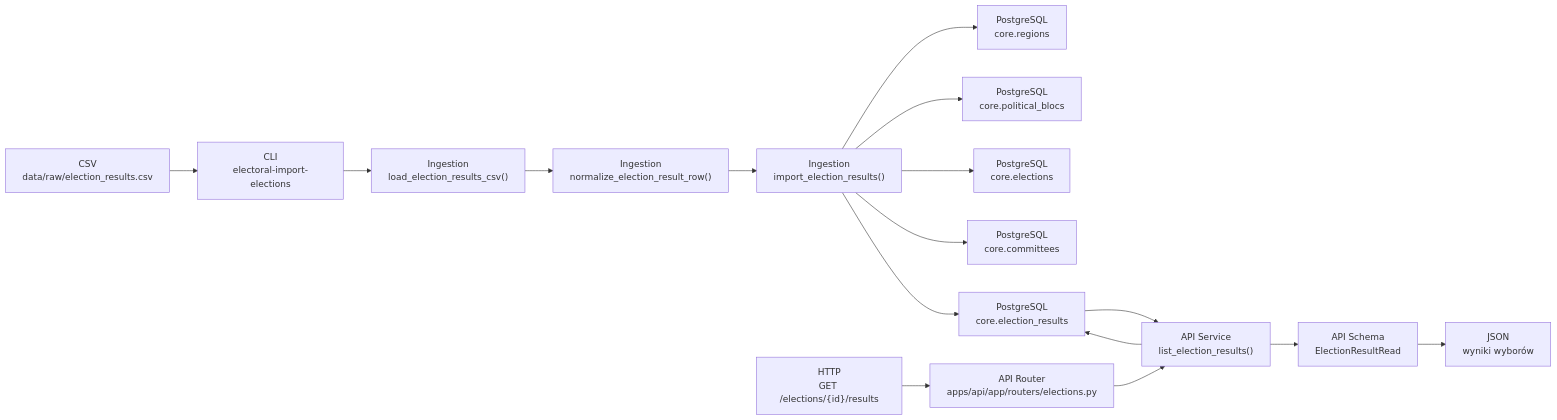
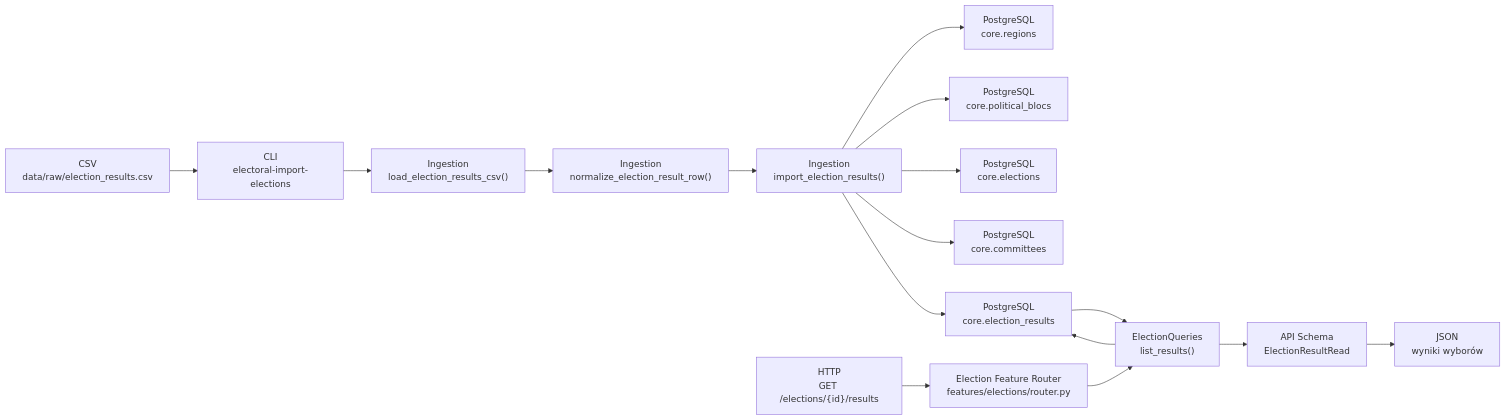
Before and after one commit to DawidKK/electoral-drift: the second of 7 diagrams in docs/flow.md, drawn with Mermaid. The commit also changed other lines of this file and 39 other files, not shown here.

Commit message:
Reorganize architecture

````diff
--- a/docs/flow.md
+++ b/docs/flow.md
@@ -75,35 +75,35 @@
 ```mermaid
 flowchart LR
     csv["CSV<br/>data/raw/election_results.csv"]
     cli["CLI<br/>electoral-import-elections"]
     loader["Ingestion<br/>load_election_results_csv()"]
     normalizer["Ingestion<br/>normalize_election_result_row()"]
     importer["Ingestion<br/>import_election_results()"]
     regions["PostgreSQL<br/>core.regions"]
     blocs["PostgreSQL<br/>core.political_blocs"]
     elections["PostgreSQL<br/>core.elections"]
     committees["PostgreSQL<br/>core.committees"]
     results["PostgreSQL<br/>core.election_results"]
     request["HTTP<br/>GET /elections/{id}/results"]
-    router["API Router<br/>apps/api/app/routers/elections.py"]
-    service["API Service<br/>list_election_results()"]
+    router["Election Feature Router<br/>features/elections/router.py"]
+    service["ElectionQueries<br/>list_results()"]
     schema["API Schema<br/>ElectionResultRead"]
     response["JSON<br/>wyniki wyborów"]
 
     csv --> cli
     cli --> loader
     loader --> normalizer
     normalizer --> importer
     importer --> regions
     importer --> blocs
     importer --> elections
     importer --> committees
     importer --> results
 
     request --> router
     router --> service
     service --> results
     results --> service
     service --> schema
     schema --> response
 ```
````
